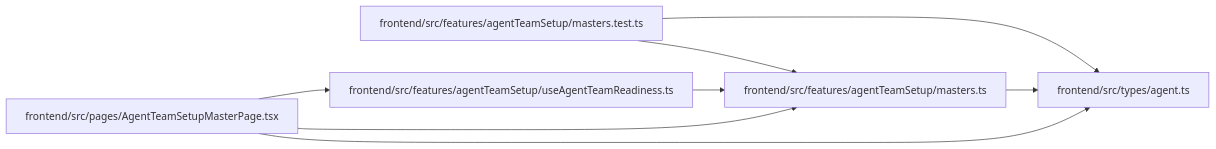
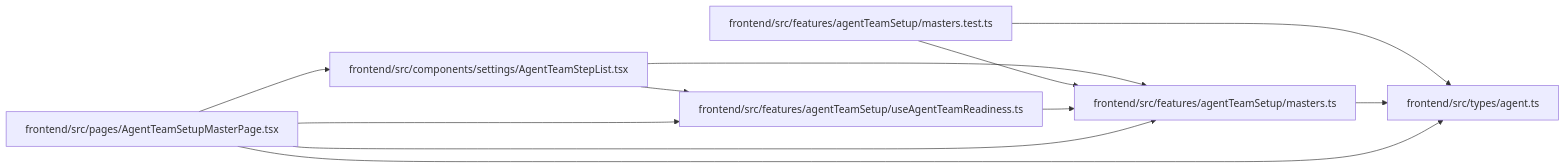
Before and after one commit to Denissvgn/WorkChord: the diagram in docs/llm_wiki/modules/agentTeamSetup_masters.md, drawn with Mermaid. The commit also changed other lines of this file and 2509 other files, not shown here.

````diff
--- a/docs/llm_wiki/modules/agentTeamSetup_masters.md
+++ b/docs/llm_wiki/modules/agentTeamSetup_masters.md
@@ -26,20 +26,25 @@
 ```mermaid
 flowchart LR
-    n0["frontend/src/features/agentTeamSetup/masters.test.ts"]
-    n1["frontend/src/features/agentTeamSetup/masters.ts"]
-    n2["frontend/src/features/agentTeamSetup/useAgentTeamReadiness.ts"]
-    n3["frontend/src/pages/AgentTeamSetupMasterPage.tsx"]
-    n4["frontend/src/types/agent.ts"]
-    n0 --> n1
-    n0 --> n4
-    n1 --> n4
-    n2 --> n1
-    n3 --> n1
+    n0["frontend/src/components/settings/AgentTeamStepList.tsx"]
+    n1["frontend/src/features/agentTeamSetup/masters.test.ts"]
+    n2["frontend/src/features/agentTeamSetup/masters.ts"]
+    n3["frontend/src/features/agentTeamSetup/useAgentTeamReadiness.ts"]
+    n4["frontend/src/pages/AgentTeamSetupMasterPage.tsx"]
+    n5["frontend/src/types/agent.ts"]
+    n0 --> n2
+    n0 --> n3
+    n1 --> n2
+    n1 --> n5
+    n2 --> n5
     n3 --> n2
-    n3 --> n4
-    click n0 "../modules/agentTeamSetup_masters.test.md"
-    click n1 "../modules/agentTeamSetup_masters.md"
-    click n2 "../modules/useAgentTeamReadiness.md"
-    click n3 "../modules/AgentTeamSetupMasterPage.md"
-    click n4 "../modules/types_agent.md"
+    n4 --> n0
+    n4 --> n2
+    n4 --> n3
+    n4 --> n5
+    click n0 "../modules/AgentTeamStepList.md"
+    click n1 "../modules/agentTeamSetup_masters.test.md"
+    click n2 "../modules/agentTeamSetup_masters.md"
+    click n3 "../modules/useAgentTeamReadiness.md"
+    click n4 "../modules/AgentTeamSetupMasterPage.md"
+    click n5 "../modules/types_agent.md"
 ```
````
